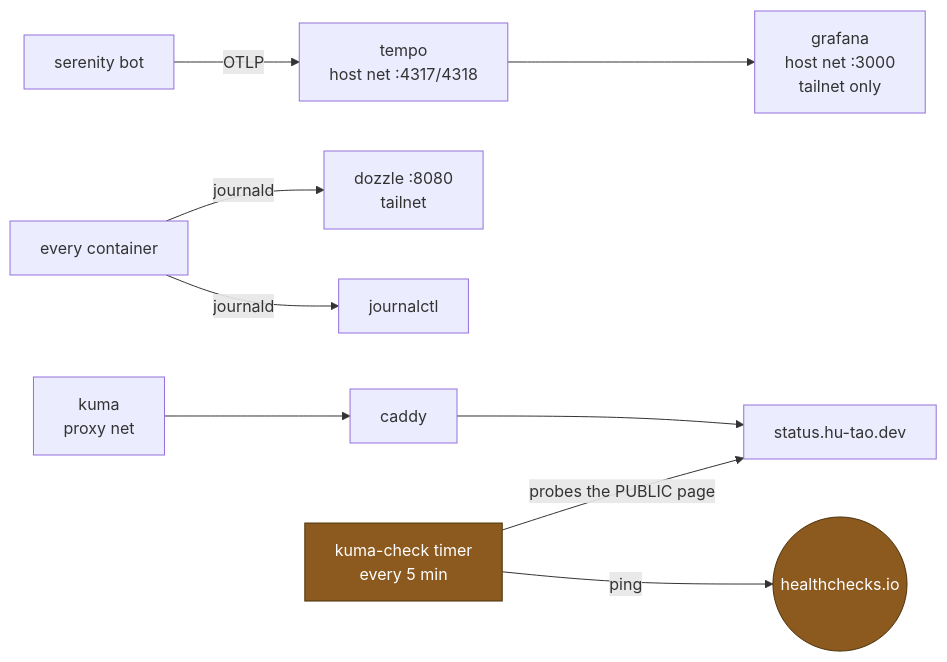
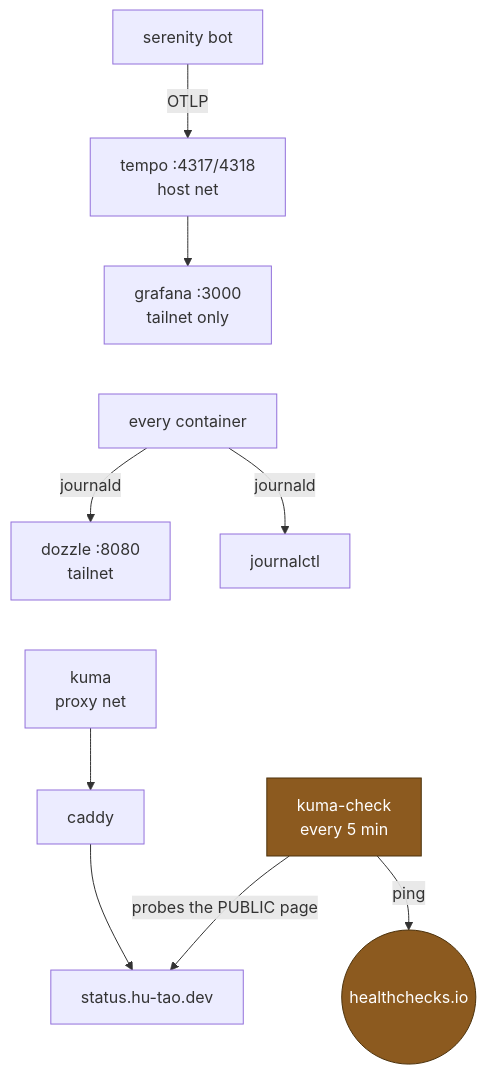
Before and after one commit to 1Git2Clone/vps: the diagram in docs/src/architecture/observability.md, drawn with Mermaid. The commit also changed 8 other files, not shown here.

````diff
--- a/docs/src/architecture/observability.md
+++ b/docs/src/architecture/observability.md
@@ -3,15 +3,17 @@
 ```mermaid
-flowchart LR
-    bot["serenity bot"] -- OTLP --> tempo["tempo<br/>host net :4317/4318"]
-    tempo --> graf["grafana<br/>host net :3000<br/>tailnet only"]
+flowchart TB
+    bot["serenity bot"] -- OTLP --> tempo["tempo :4317/4318<br/>host net"]
+    tempo --> graf["grafana :3000<br/>tailnet only"]
 
+    graf ~~~ cont
     cont["every container"] -- journald --> doz["dozzle :8080<br/>tailnet"]
     cont -- journald --> jctl["journalctl"]
 
+    doz ~~~ kuma
     kuma["kuma<br/>proxy net"] --> cad["caddy"] --> status["status.hu-tao.dev"]
-    check["kuma-check timer<br/>every 5 min"] -- "probes the PUBLIC page" --> status
-    check -- "ping" --> hc(("healthchecks.io"))
+    check["kuma-check<br/>every 5 min"] -- "probes the PUBLIC page" --> status
+    check -- ping --> hc(("healthchecks.io"))
 
     classDef alert fill:#8c5a1f,stroke:#4d330d,color:#fff
     class check,hc alert
 ```
````
